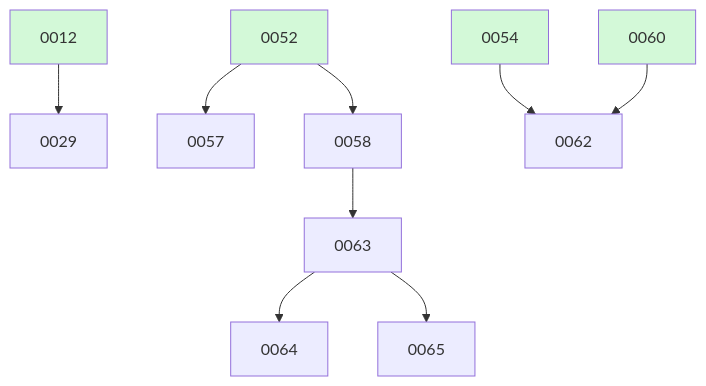
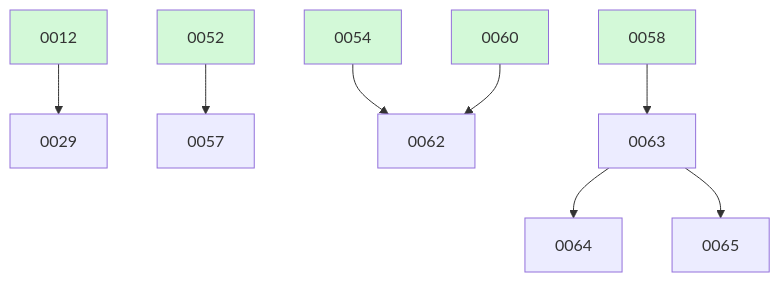
Before and after one commit to ethanhinson/fuse: the diagram in docs/changes/BOARD.md, drawn with Mermaid. The commit also changed other lines of this file, not shown here.

````diff
--- a/docs/changes/BOARD.md
+++ b/docs/changes/BOARD.md
@@ -27,16 +21,16 @@
 ```mermaid
 graph TD
   0012 --> 0029
   0052 --> 0057
-  0052 --> 0058
   0054 --> 0062
   0060 --> 0062
   0058 --> 0063
   0063 --> 0064
   0063 --> 0065
   0012:::done
   0052:::done
   0054:::done
+  0058:::done
   0060:::done
   classDef done fill:#d3f9d8;
 ```
````
